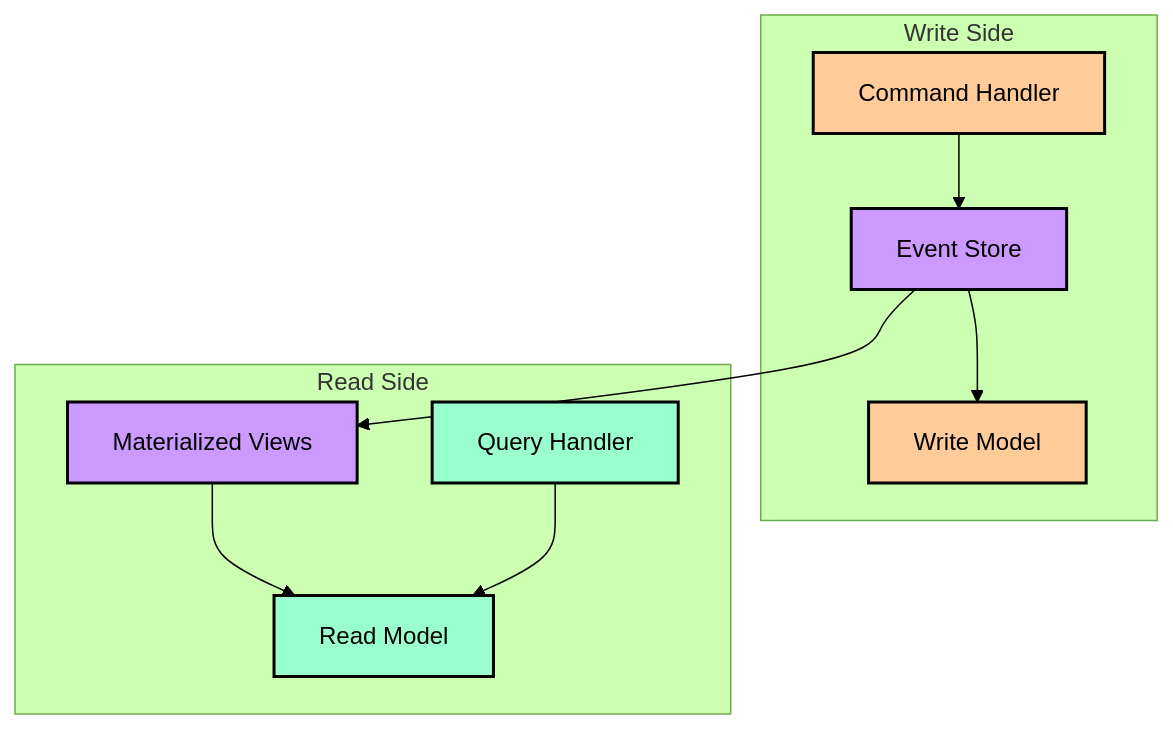
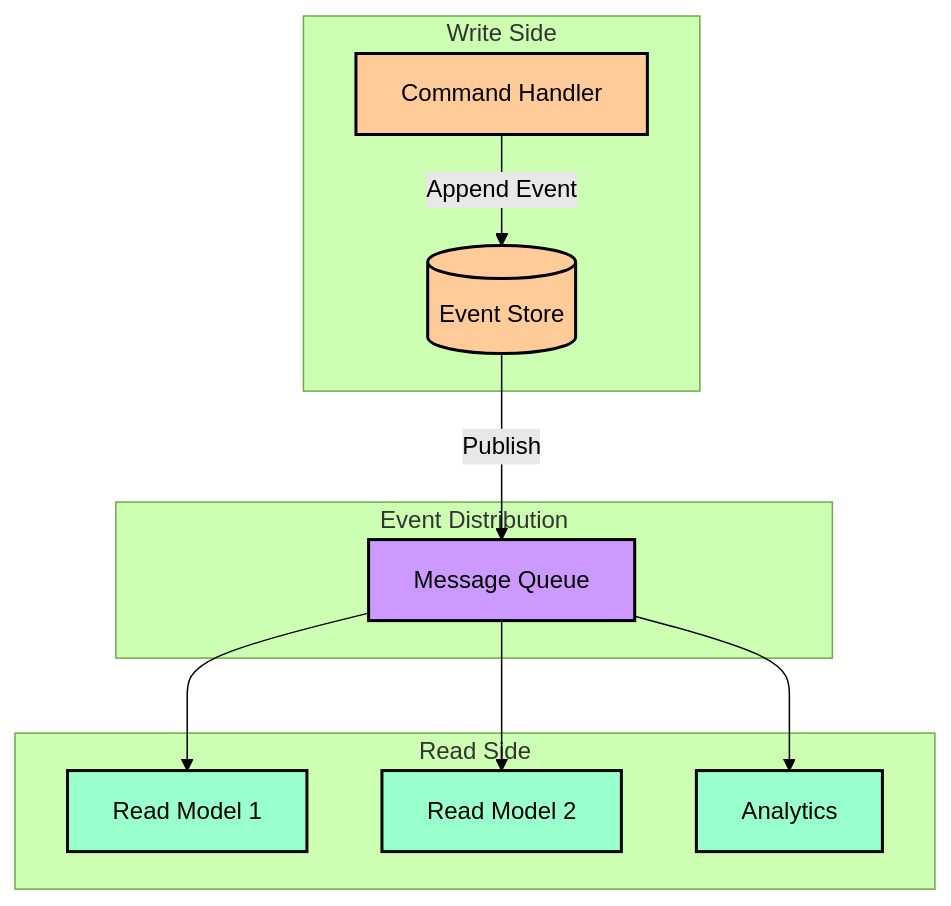
Before and after one commit to sujeet-pro/legacy-personal-site: the eighth of 8 diagrams in v4/content/articles/programming-patterns/javascript-patterns/async-queue-pattern/README.md, drawn with Mermaid (forest theme). The commit also changed other lines of this file and 115 other files, not shown here.

````diff
--- a/v4/content/articles/programming-patterns/javascript-patterns/async-queue-pattern/README.md
+++ b/v4/content/articles/programming-patterns/javascript-patterns/async-queue-pattern/README.md
@@ -545,28 +607,31 @@
 ```mermaid
 graph TD
     subgraph "Write Side"
         C[Command Handler]
-        ES[Event Store]
-        W[Write Model]
+        ES[(Event Store)]
+    end
+
+    subgraph "Event Distribution"
+        Q[Message Queue]
     end
 
     subgraph "Read Side"
-        Q[Query Handler]
-        MV[Materialized Views]
-        R[Read Model]
+        R1[Read Model 1]
+        R2[Read Model 2]
+        R3[Analytics]
     end
 
-    C --> ES
-    ES --> W
-    ES --> MV
-    MV --> R
-    Q --> R
+    C -->|Append Event| ES
+    ES -->|Publish| Q
+    Q --> R1
+    Q --> R2
+    Q --> R3
 
     classDef writeClass fill:#ffcc99,stroke:#000,stroke-width:2px
+    classDef queueClass fill:#cc99ff,stroke:#000,stroke-width:2px
     classDef readClass fill:#99ffcc,stroke:#000,stroke-width:2px
-    classDef storeClass fill:#cc99ff,stroke:#000,stroke-width:2px
 
-    class C,W writeClass
-    class Q,R readClass
-    class ES,MV storeClass
+    class C,ES writeClass
+    class Q queueClass
+    class R1,R2,R3 readClass
 ```
````
